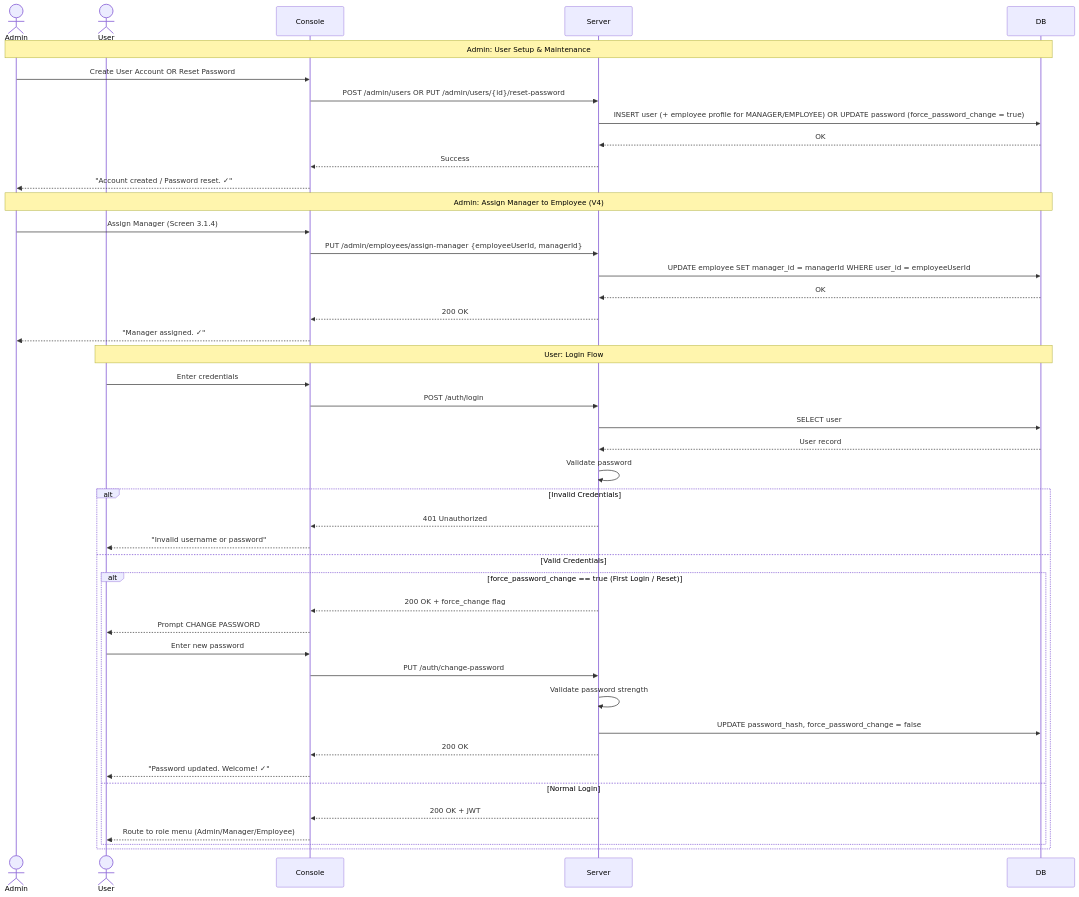
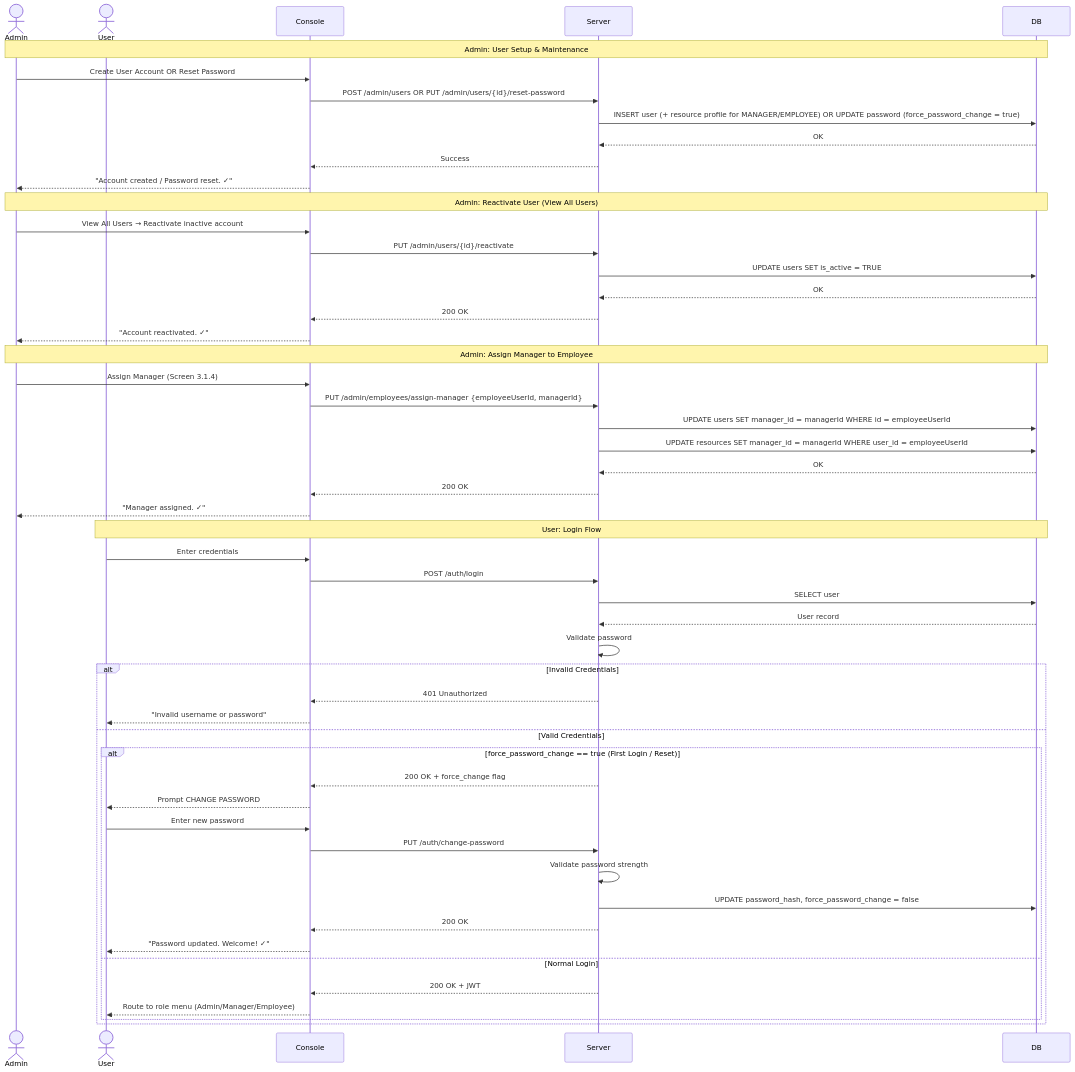
One commit to RiyaAmetaITT/Project-Resource-Management-tool changed the first of 5 diagrams in UML Design/sequence_diagrams.md. Above: the diagram before and after it, drawn with Mermaid. The commit also changed other lines of this file and 74 other files, not shown here.

````diff
--- a/UML Design/sequence_diagrams.md
+++ b/UML Design/sequence_diagrams.md
@@ -10,50 +10,59 @@
 ```mermaid
 sequenceDiagram
     actor Admin
     actor User
     participant Console
     participant Server
     participant DB
 
     Note over Admin,DB: Admin: User Setup & Maintenance
     Admin->>Console: Create User Account OR Reset Password
     Console->>Server: POST /admin/users OR PUT /admin/users/{id}/reset-password
-    Server->>DB: INSERT user (+ employee profile for MANAGER/EMPLOYEE) OR UPDATE password (force_password_change = true)
+    Server->>DB: INSERT user (+ resource profile for MANAGER/EMPLOYEE) OR UPDATE password (force_password_change = true)
     DB-->>Server: OK
     Server-->>Console: Success
     Console-->>Admin: "Account created / Password reset. ✓"
 
-    Note over Admin,DB: Admin: Assign Manager to Employee (V4)
+    Note over Admin,DB: Admin: Reactivate User (View All Users)
+    Admin->>Console: View All Users → Reactivate inactive account
+    Console->>Server: PUT /admin/users/{id}/reactivate
+    Server->>DB: UPDATE users SET is_active = TRUE
+    DB-->>Server: OK
+    Server-->>Console: 200 OK
+    Console-->>Admin: "Account reactivated. ✓"
+
+    Note over Admin,DB: Admin: Assign Manager to Employee
     Admin->>Console: Assign Manager (Screen 3.1.4)
     Console->>Server: PUT /admin/employees/assign-manager {employeeUserId, managerId}
-    Server->>DB: UPDATE employee SET manager_id = managerId WHERE user_id = employeeUserId
+    Server->>DB: UPDATE users SET manager_id = managerId WHERE id = employeeUserId
+    Server->>DB: UPDATE resources SET manager_id = managerId WHERE user_id = employeeUserId
     DB-->>Server: OK
     Server-->>Console: 200 OK
     Console-->>Admin: "Manager assigned. ✓"
 
     Note over User,DB: User: Login Flow
     User->>Console: Enter credentials
     Console->>Server: POST /auth/login
     Server->>DB: SELECT user
     DB-->>Server: User record
     Server->>Server: Validate password
-    
+
     alt Invalid Credentials
         Server-->>Console: 401 Unauthorized
         Console-->>User: "Invalid username or password"
     else Valid Credentials
         alt force_password_change == true (First Login / Reset)
             Server-->>Console: 200 OK + force_change flag
             Console-->>User: Prompt CHANGE PASSWORD
             User->>Console: Enter new password
             Console->>Server: PUT /auth/change-password
             Server->>Server: Validate password strength
             Server->>DB: UPDATE password_hash, force_password_change = false
             Server-->>Console: 200 OK
             Console-->>User: "Password updated. Welcome! ✓"
         else Normal Login
             Server-->>Console: 200 OK + JWT
             Console-->>User: Route to role menu (Admin/Manager/Employee)
         end
     end
 ```
````
